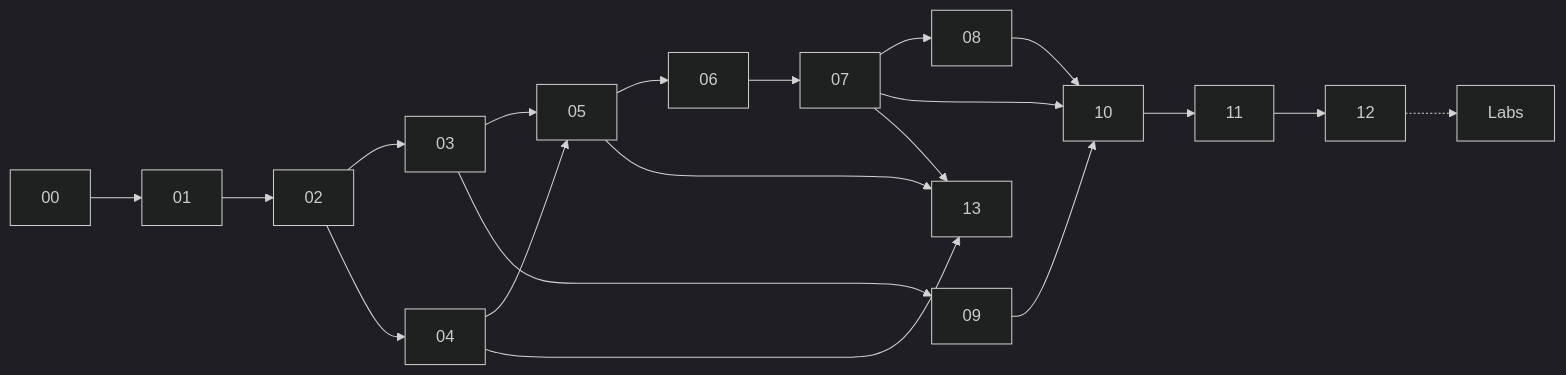
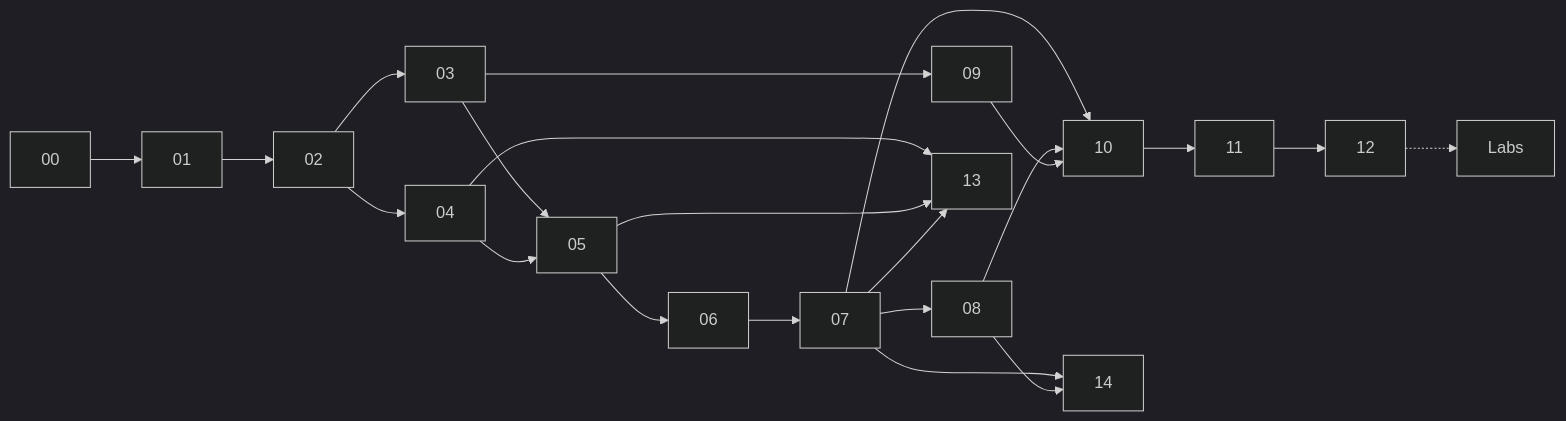
One commit to HieNguyen08/rag-masterclass changed the diagram in docs/index.md. Above: the diagram before and after it, drawn with Mermaid (dark theme). The commit also changed other lines of this file and 15 other files, not shown here.

````diff
--- a/docs/index.md
+++ b/docs/index.md
@@ -69,11 +70,12 @@
 ```mermaid
 flowchart LR
     A[00] --> B[01] --> C[02]
     C --> D[03] & E[04]
     D & E --> F[05] --> G[06] --> H[07]
     H --> I[08]
     D --> J[09]
     H & I & J --> K[10] --> L[11] --> M[12]
     E & F & H --> P[13]
+    H & I --> Q[14]
     M -.-> N[Labs]
 ```
````
